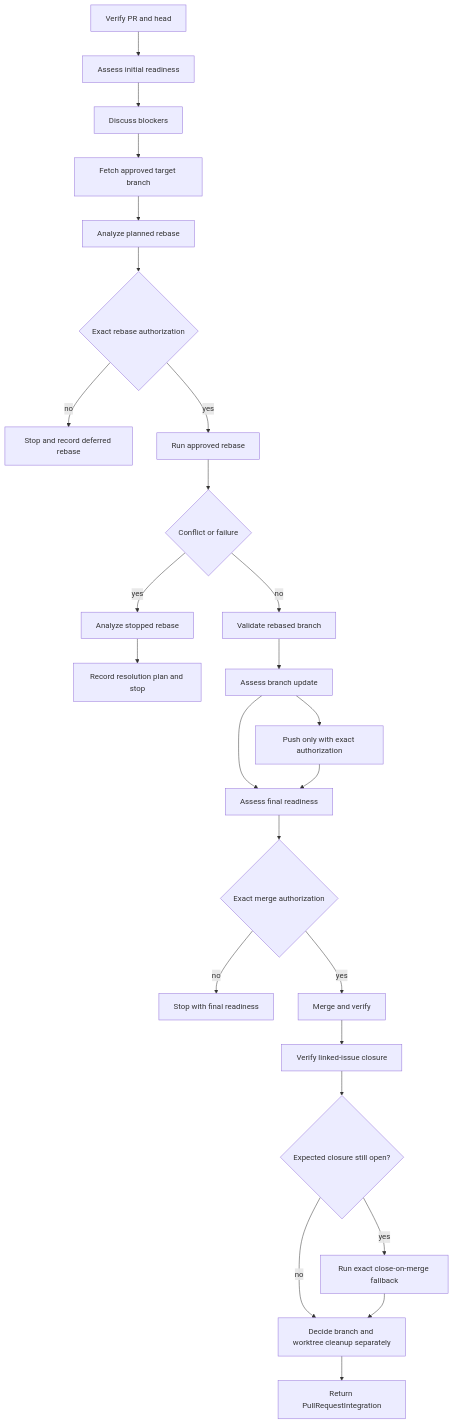
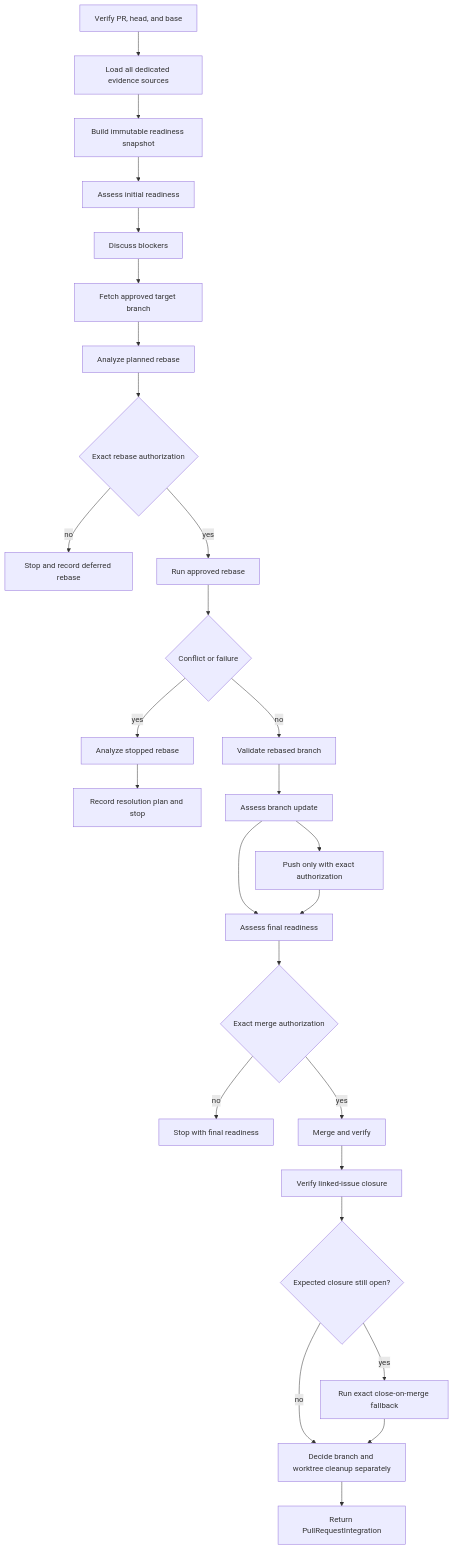
One commit to Crome696/github-plugin changed the diagram in plugin/agents/integration-agent.md. Above: the diagram before and after it, drawn with Mermaid. The commit also changed other lines of this file and 50 other files, not shown here.

Commit message:
feat: add immutable pull-request readiness evidence

````diff
--- a/plugin/agents/integration-agent.md
+++ b/plugin/agents/integration-agent.md
@@ -148,27 +163,29 @@
 ```mermaid
 flowchart TD
-  validateTarget[Verify PR and head] --> initialReadiness[Assess initial readiness]
+  validateTarget[Verify PR, head, and base] --> loadEvidence[Load all dedicated evidence sources]
+  loadEvidence --> buildEvidence[Build immutable readiness snapshot]
+  buildEvidence --> initialReadiness[Assess initial readiness]
   initialReadiness --> discussBlockers[Discuss blockers]
   discussBlockers --> fetchBase[Fetch approved target branch]
   fetchBase --> plannedConflicts[Analyze planned rebase]
   plannedConflicts --> rebaseApproval{Exact rebase authorization}
   rebaseApproval -->|no| stopBeforeRebase[Stop and record deferred rebase]
   rebaseApproval -->|yes| runRebase[Run approved rebase]
   runRebase --> conflictState{Conflict or failure}
   conflictState -->|yes| stoppedAnalysis[Analyze stopped rebase]
   stoppedAnalysis --> resolutionPlan[Record resolution plan and stop]
   conflictState -->|no| rebaseValidation[Validate rebased branch]
   rebaseValidation --> pushDecision[Assess branch update]
   pushDecision --> pushBranch[Push only with exact authorization]
   pushDecision --> finalReadiness[Assess final readiness]
   pushBranch --> finalReadiness
   finalReadiness --> mergeApproval{Exact merge authorization}
   mergeApproval -->|no| stopBeforeMerge[Stop with final readiness]
   mergeApproval -->|yes| merge[Merge and verify]
   merge --> closure[Verify linked-issue closure]
   closure --> closureDecision{Expected closure still open?}
   closureDecision -->|yes| fallbackClose[Run exact close-on-merge fallback]
   closureDecision -->|no| cleanupDecisions[Decide branch and worktree cleanup separately]
   fallbackClose --> cleanupDecisions
   cleanupDecisions --> report[Return PullRequestIntegration]
 ```
````
